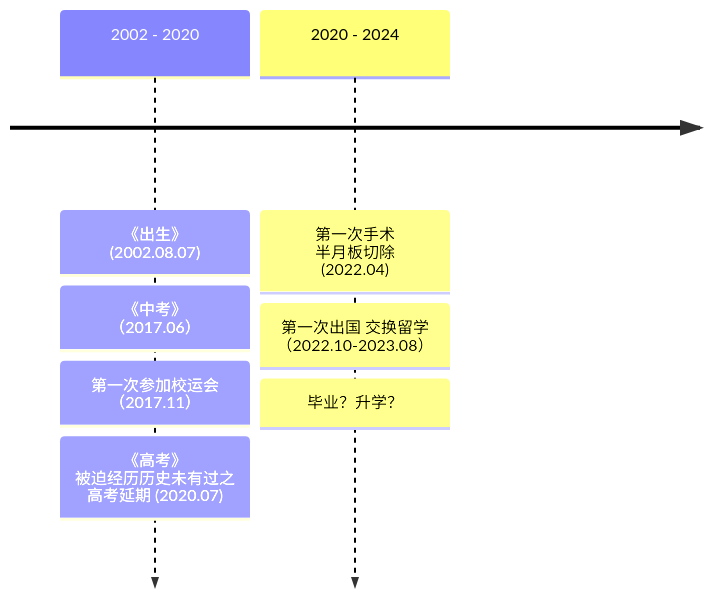
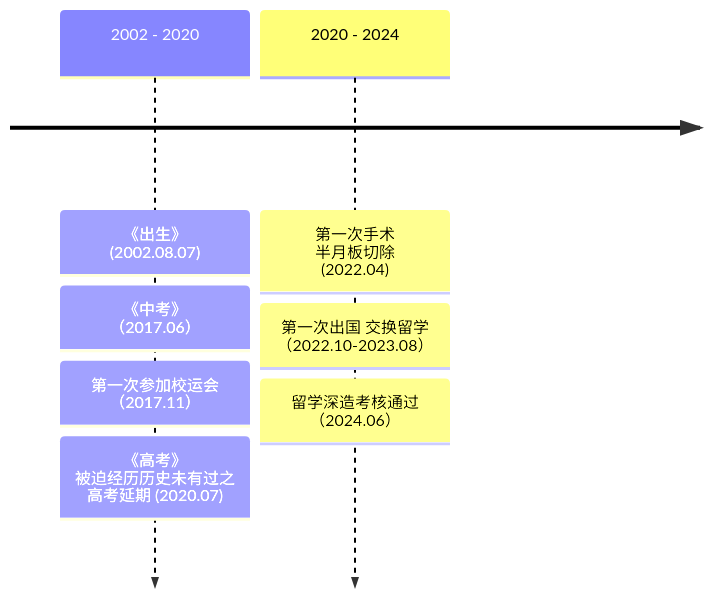
The diagram in content.zh/docs/aboutme.md (banligo/mysite), drawn with Mermaid before and after one commit. The commit also changed other lines of this file and 1 other file, not shown here.

```diff
--- a/content.zh/docs/aboutme.md
+++ b/content.zh/docs/aboutme.md
@@ -125,12 +125,12 @@
 {{< mermaid >}}
 
 %%{init: { 'logLevel': 'debug', 'theme': 'default' } }%%
     timeline
           2002 - 2020 : 《出生》 (2002.08.07)
                     : 《中考》 （2017.06）
                     : 第一次参加校运会 （2017.11）
                     : 《高考》 被迫经历历史未有过之 高考延期  (2020.07)
           2020 - 2024 : 第一次手术 半月板切除 (2022.04)
                     : 第一次出国 交换留学  （2022.10-2023.08）
-                    : 毕业？升学？
+                    : 留学深造考核通过 （2024.06）
 {{< /mermaid >}}
```
